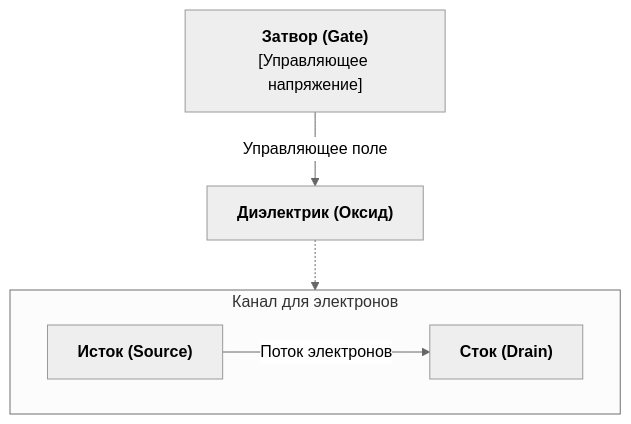
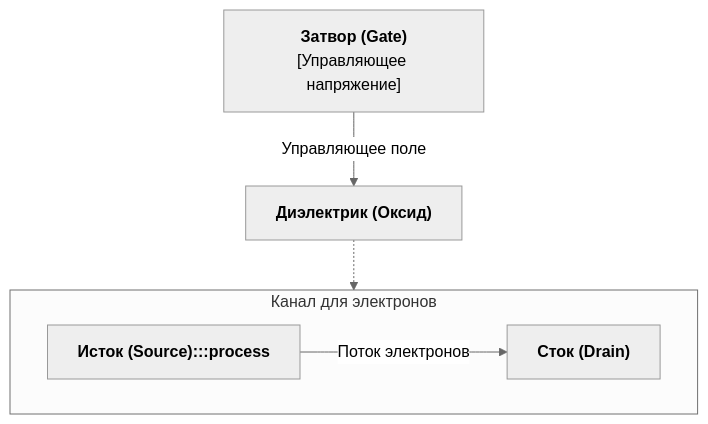
Before and after one commit to UnrealTemplier/go-textbook: the first of 2 diagrams in sources/1. Архитектура компьютера/2. Транзисторы, биты и логические вентили.md, drawn with Mermaid (neutral theme). The commit also changed other lines of this file and 1666 other files, not shown here.

First line of the commit message:
feat(mermaid): add semantic color classDef to 1369 colorless flowchart/graph diagrams

````diff
--- a/sources/1. Архитектура компьютера/2. Транзисторы, биты и логические вентили.md
+++ b/sources/1. Архитектура компьютера/2. Транзисторы, биты и логические вентили.md
@@ -19,13 +19,23 @@
 ```mermaid
 flowchart TD
+    classDef process  fill:#1e293b,stroke:#38bdf8,stroke-width:1px,color:#f8fafc
+    classDef success  fill:#064e3b,stroke:#34d399,stroke-width:1px,color:#f8fafc
+    classDef error    fill:#7f1d1d,stroke:#f87171,stroke-width:1px,color:#f8fafc
+    classDef warning  fill:#78350f,stroke:#fbbf24,stroke-width:1px,color:#f8fafc
+    classDef entry    fill:#1e3a5f,stroke:#38bdf8,stroke-width:2px,color:#f8fafc
+    classDef aux      fill:#334155,stroke:#64748b,stroke-width:1px,color:#f8fafc
+    classDef system   fill:#312e81,stroke:#a78bfa,stroke-width:1px,color:#f8fafc
+    classDef data     fill:#132d29,stroke:#2dd4bf,stroke-width:1px,color:#f8fafc
+    classDef network  fill:#881337,stroke:#fb7185,stroke-width:1px,color:#f8fafc
+    classDef accent   fill:#1e1b4b,stroke:#818cf8,stroke-width:1px,color:#f8fafc
     Gate["<b>Затвор (Gate)</b><br>[Управляющее напряжение]"]
     Dielectric["<b>Диэлектрик (Оксид)</b>"]
     
     subgraph Channel ["Канал для электронов"]
         direction LR
-        Source["<b>Исток (Source)</b>"] -->|"Поток электронов"| Drain["<b>Сток (Drain)</b>"]
+        Source["<b>Исток (Source):::process</b>"] -->|"Поток электронов"| Drain["<b>Сток (Drain)</b>"]
     end
     
     Gate -->|"Управляющее поле"| Dielectric
     Dielectric -.-> Channel
 ```
````
